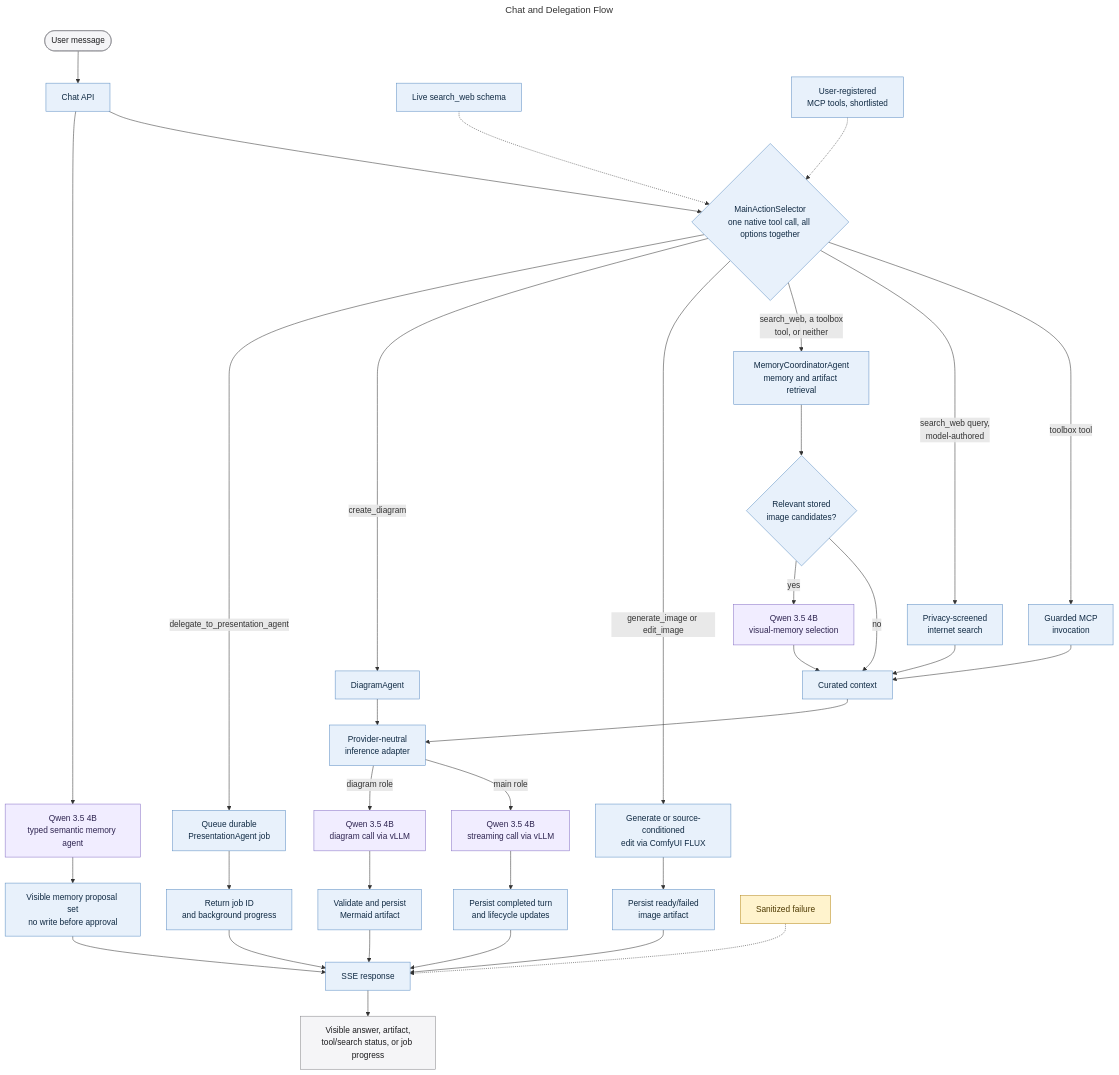
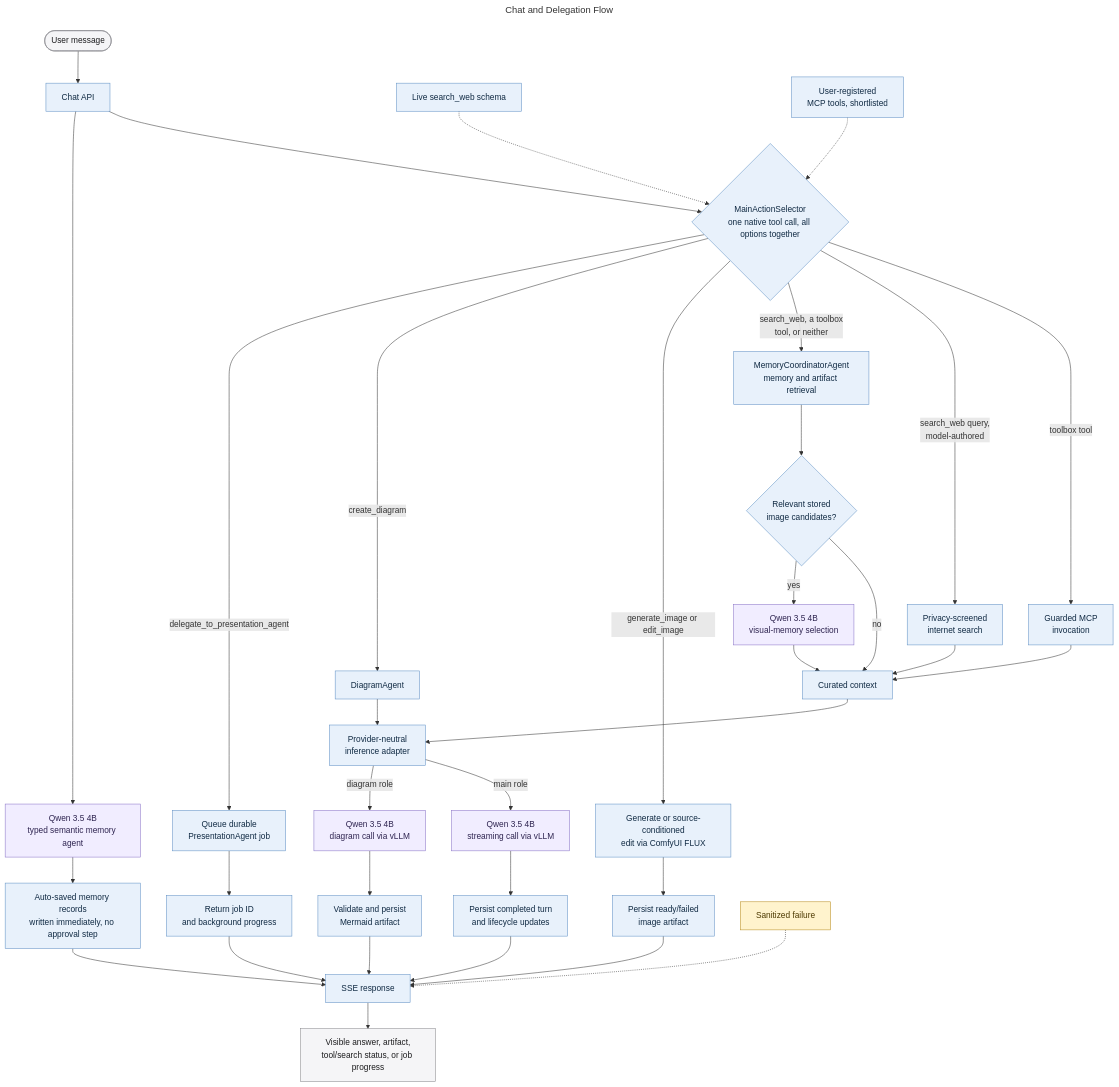
One commit to MallyaAni/PersonalAssistant changed the diagram in docs/diagrams/chat-orchestration.mmd. Above: the diagram before and after it, drawn with Mermaid. The commit also changed 39 other files, not shown here.

```diff
--- a/docs/diagrams/chat-orchestration.mmd
+++ b/docs/diagrams/chat-orchestration.mmd
@@ -1,53 +1,53 @@
 ---
 title: Chat and Delegation Flow
 ---
 flowchart TB
     User([User message]) --> API[Chat API]
     API --> Interest[Qwen 3.5 4B<br/>typed semantic memory agent]
-    Interest --> Proposal[Visible memory proposal set<br/>no write before approval]
+    Interest --> Proposal[Auto-saved memory records<br/>written immediately, no approval step]
     API --> Selector{MainActionSelector<br/>one native tool call, all options together}
     Search_Tool[Live search_web schema] -.-> Selector
     Toolbox[User-registered<br/>MCP tools, shortlisted] -.-> Selector
 
     Selector -->|delegate_to_presentation_agent| Presentation[Queue durable<br/>PresentationAgent job]
     Presentation --> Progress[Return job ID<br/>and background progress]
 
     Selector -->|create_diagram| Diagram[DiagramAgent]
     Diagram --> Inference[Provider-neutral<br/>inference adapter]
     Inference -->|diagram role| DiagramModel[Qwen 3.5 4B<br/>diagram call via vLLM]
     DiagramModel --> Artifact[Validate and persist<br/>Mermaid artifact]
 
     Selector -->|generate_image or edit_image| ImageAction[Generate or source-conditioned<br/>edit via ComfyUI FLUX]
     ImageAction --> ImageArtifact[Persist ready/failed<br/>image artifact]
 
     Selector -->|search_web, a toolbox<br/>tool, or neither| Memory[MemoryCoordinatorAgent<br/>memory and artifact retrieval]
     Memory --> Visual{Relevant stored<br/>image candidates?}
     Visual -->|yes| VisualPolicy[Qwen 3.5 4B<br/>visual-memory selection]
     Visual -->|no| Context[Curated context]
     VisualPolicy --> Context
     Selector -->|search_web query,<br/>model-authored| Search[Privacy-screened<br/>internet search]
     Selector -->|toolbox tool| MCP[Guarded MCP<br/>invocation]
     MCP --> Context
     Search --> Context
 
     Context --> Inference
     Inference -->|main role| Main[Qwen 3.5 4B<br/>streaming call via vLLM]
     Main --> Persist[Persist completed turn<br/>and lifecycle updates]
     Persist --> Stream[SSE response]
     Proposal --> Stream
 
     Artifact --> Stream
     ImageArtifact --> Stream
     Progress --> Stream
     Stream --> UI[Visible answer, artifact,<br/>tool/search status, or job progress]
 
     Failure[Sanitized failure] -.-> Stream
 
     classDef interface fill:#f5f5f7,stroke:#86868b,color:#1d1d1f;
     classDef application fill:#e8f1fb,stroke:#5e8fc4,color:#102a43;
     classDef model fill:#f1edff,stroke:#8872c6,color:#2e2450;
     classDef failure fill:#fff3cd,stroke:#b78b20,color:#4d3900;
     class User,UI interface;
     class API,Selector,Search_Tool,Toolbox,Presentation,Progress,Diagram,Artifact,ImageAction,ImageArtifact,Memory,Visual,MCP,Search,Context,Inference,Persist,Stream,Proposal application;
     class Main,DiagramModel,Interest,VisualPolicy model;
     class Failure failure;
```
